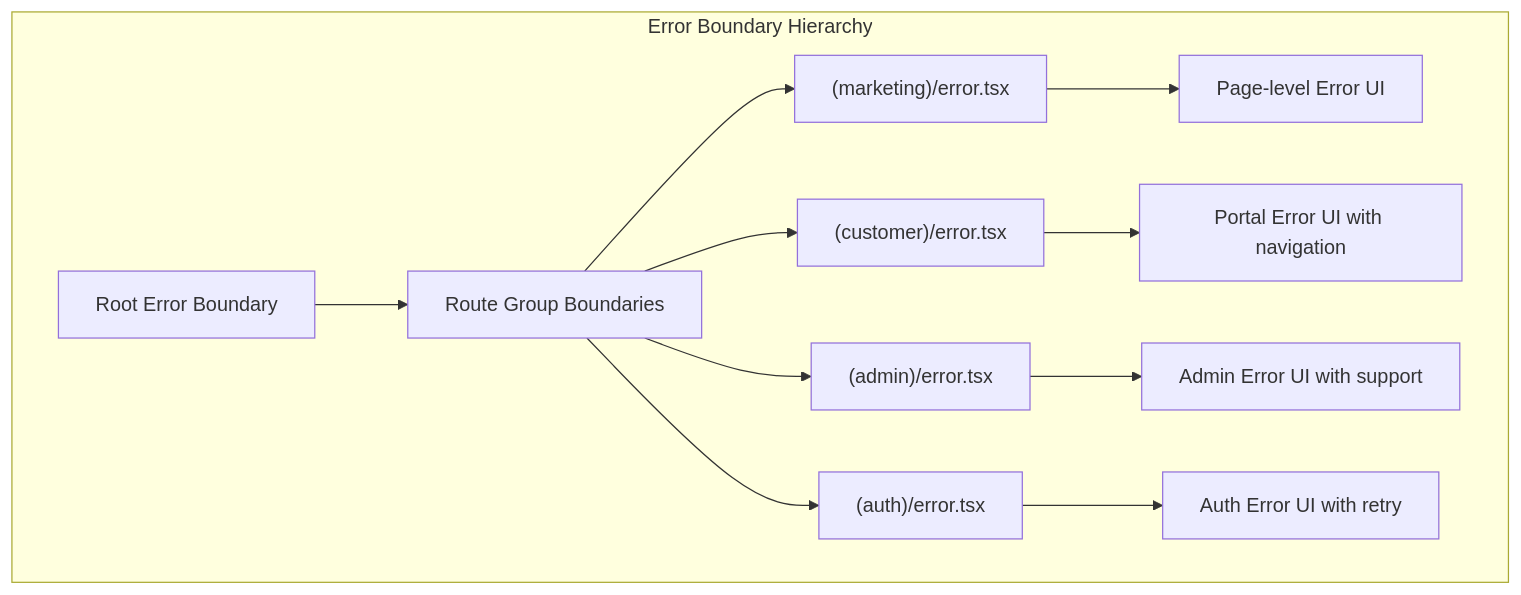
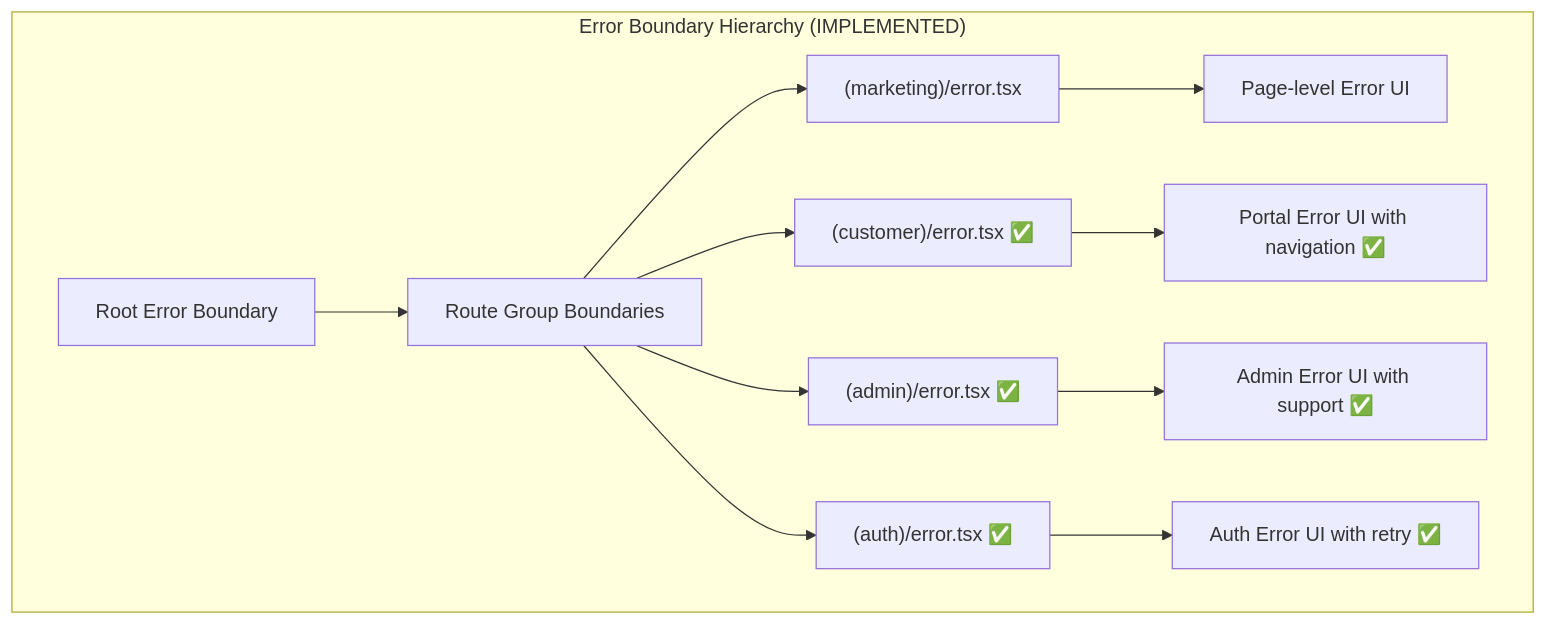
Before and after one commit to jonlee90/thepuppyday: the fifth of 5 diagrams in docs/specs/phase-10-testing-polish/design.md, drawn with Mermaid. The commit also changed other lines of this file and 138 other files, not shown here.

````diff
--- a/docs/specs/phase-10-testing-polish/design.md
+++ b/docs/specs/phase-10-testing-polish/design.md
@@ -1108,15 +1228,15 @@
 ```mermaid
 graph TB
-    subgraph "Error Boundary Hierarchy"
+    subgraph "Error Boundary Hierarchy (IMPLEMENTED)"
         A[Root Error Boundary] --> B[Route Group Boundaries]
         B --> C["(marketing)/error.tsx"]
-        B --> D["(customer)/error.tsx"]
-        B --> E["(admin)/error.tsx"]
-        B --> F["(auth)/error.tsx"]
+        B --> D["(customer)/error.tsx ✅"]
+        B --> E["(admin)/error.tsx ✅"]
+        B --> F["(auth)/error.tsx ✅"]
 
         C --> G[Page-level Error UI]
-        D --> H[Portal Error UI with navigation]
-        E --> I[Admin Error UI with support]
-        F --> J[Auth Error UI with retry]
+        D --> H[Portal Error UI with navigation ✅]
+        E --> I[Admin Error UI with support ✅]
+        F --> J[Auth Error UI with retry ✅]
     end
 ```
````
